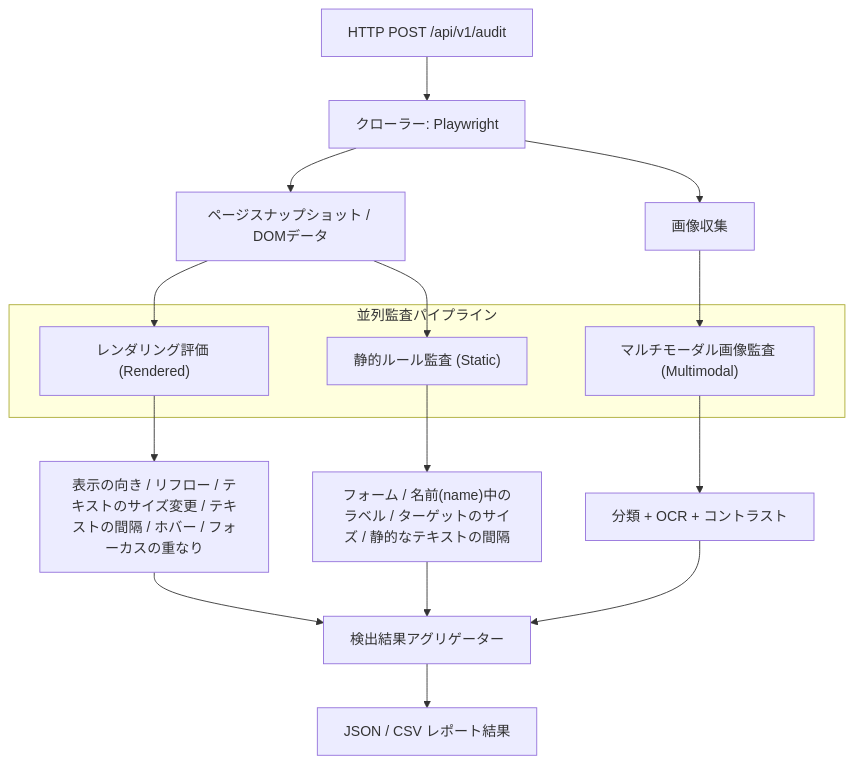
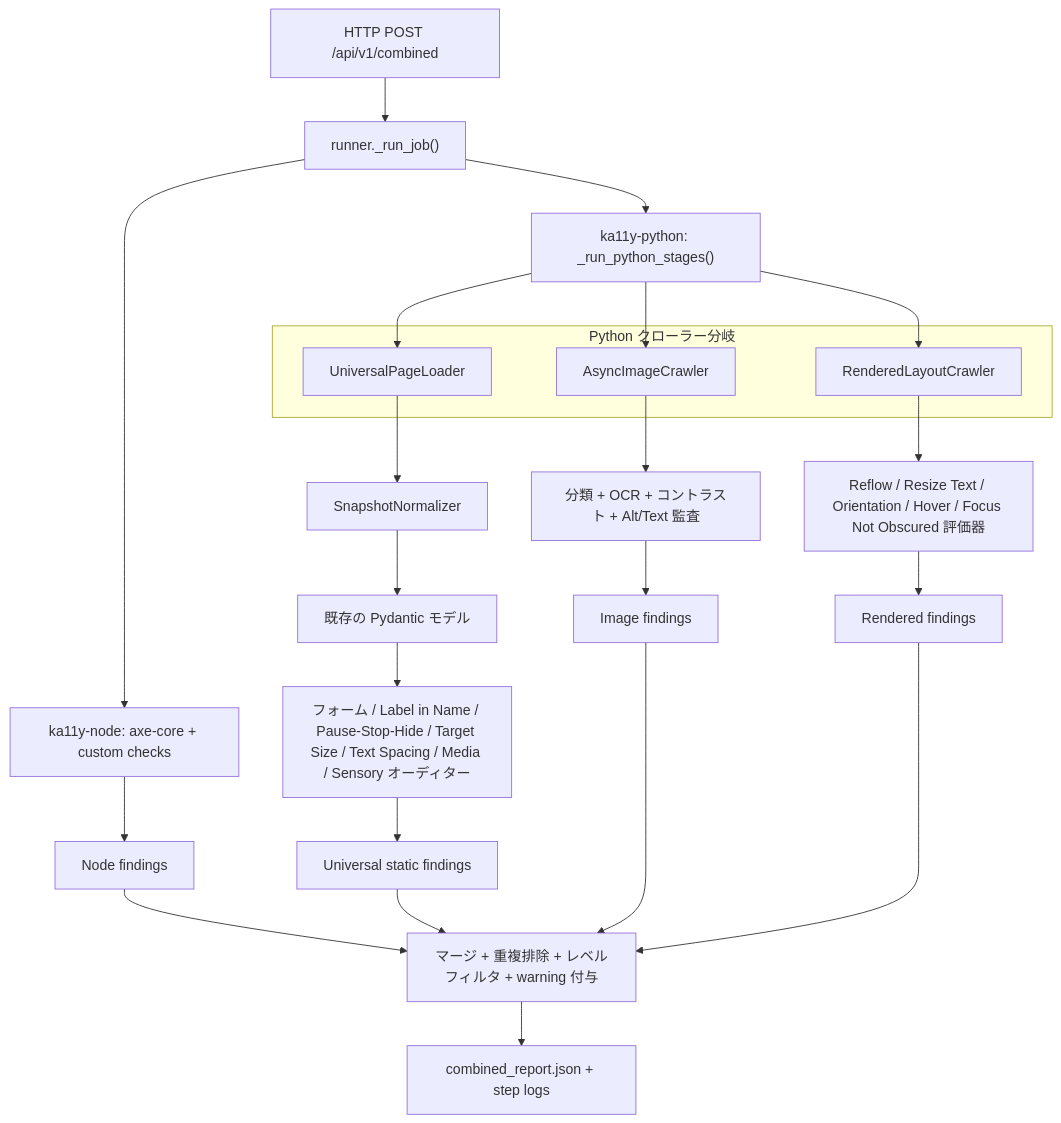
Before and after one commit to Sanjaypranavbc/ka11y: the first of 20 diagrams in ka11y-docs/internals/python-rules-flow-analysis-jp.mdx, drawn with Mermaid. The commit also changed other lines of this file and 12 other files, not shown here.

Commit message:
updated node rules flow

````diff
--- a/ka11y-docs/internals/python-rules-flow-analysis-jp.mdx
+++ b/ka11y-docs/internals/python-rules-flow-analysis-jp.mdx
@@ -14,23 +25,31 @@
 ```mermaid
 flowchart TD
-    A[HTTP POST /api/v1/audit] --> B["クローラー: Playwright"]
-    B --> C["ページスナップショット / DOMデータ"]
-    B --> D["画像収集"]
-    
-    subgraph "並列監査パイプライン"
-        E["レンダリング評価 (Rendered)"]
-        F["静的ルール監査 (Static)"]
-        G["マルチモーダル画像監査 (Multimodal)"]
+    A[HTTP POST /api/v1/combined] --> B["runner._run_job()"]
+    B --> C["ka11y-node: axe-core + custom checks"]
+    B --> D["ka11y-python: _run_python_stages()"]
+
+    subgraph "Python クローラー分岐"
+        E["UniversalPageLoader"]
+        F["AsyncImageCrawler"]
+        G["RenderedLayoutCrawler"]
     end
-    
-    C --> E
-    C --> F
+
+    D --> E
+    D --> F
     D --> G
-    
-    E --> H["表示の向き / リフロー / テキストのサイズ変更 / テキストの間隔 / ホバー / フォーカスの重なり"]
-    F --> I["フォーム / 名前(name)中のラベル / ターゲットのサイズ / 静的なテキストの間隔"]
-    G --> J["分類 + OCR + コントラスト"]
-    
-    H & I & J --> K["検出結果アグリゲーター"]
-    K --> L["JSON / CSV レポート結果"]
+
+    E --> H["SnapshotNormalizer"]
+    H --> I["既存の Pydantic モデル"]
+    I --> J["フォーム / Label in Name / Pause-Stop-Hide / Target Size / Text Spacing / Media / Sensory オーディター"]
+
+    F --> K["分類 + OCR + コントラスト + Alt/Text 監査"]
+    G --> L["Reflow / Resize Text / Orientation / Hover / Focus Not Obscured 評価器"]
+
+    C --> M["Node findings"]
+    J --> N["Universal static findings"]
+    K --> O["Image findings"]
+    L --> P["Rendered findings"]
+
+    M & N & O & P --> Q["マージ + 重複排除 + レベルフィルタ + warning 付与"]
+    Q --> R["combined_report.json + step logs"]
 ```
````
